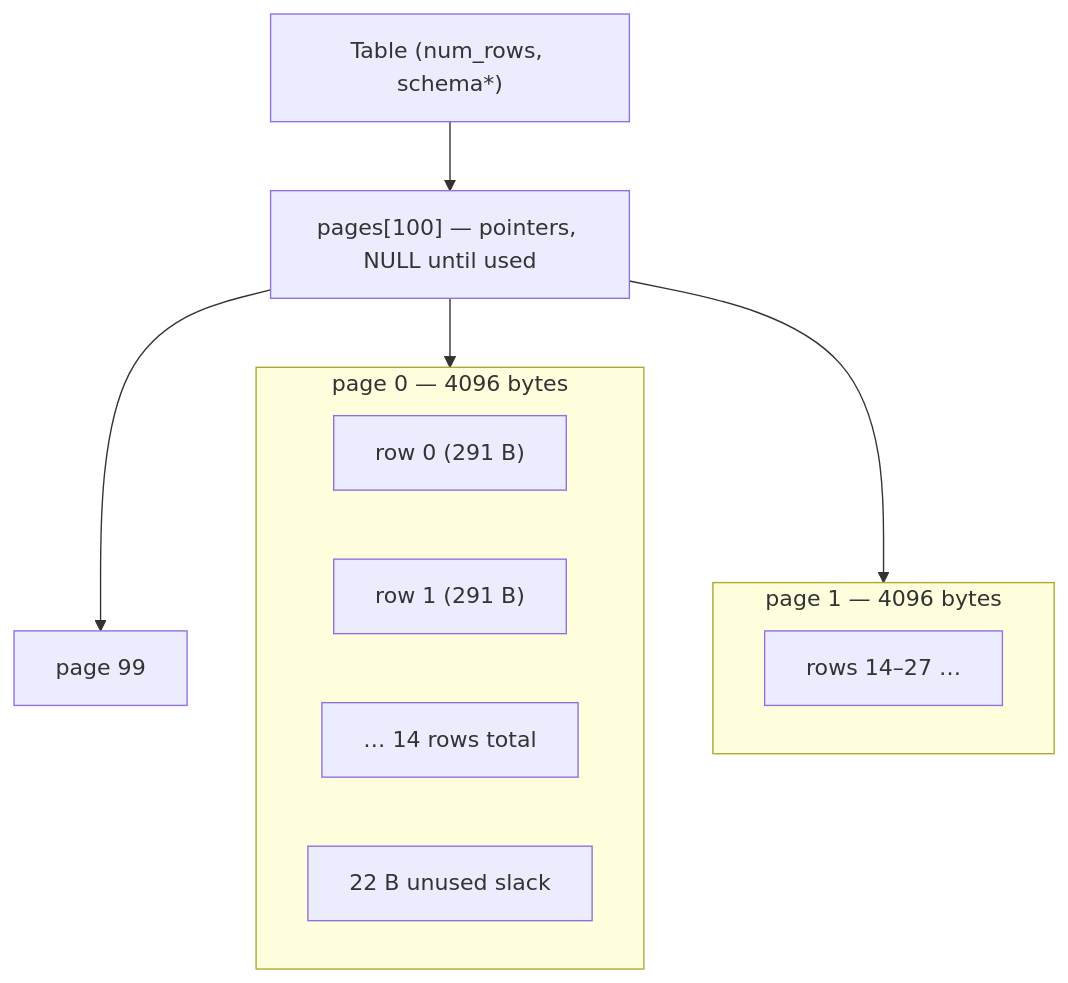
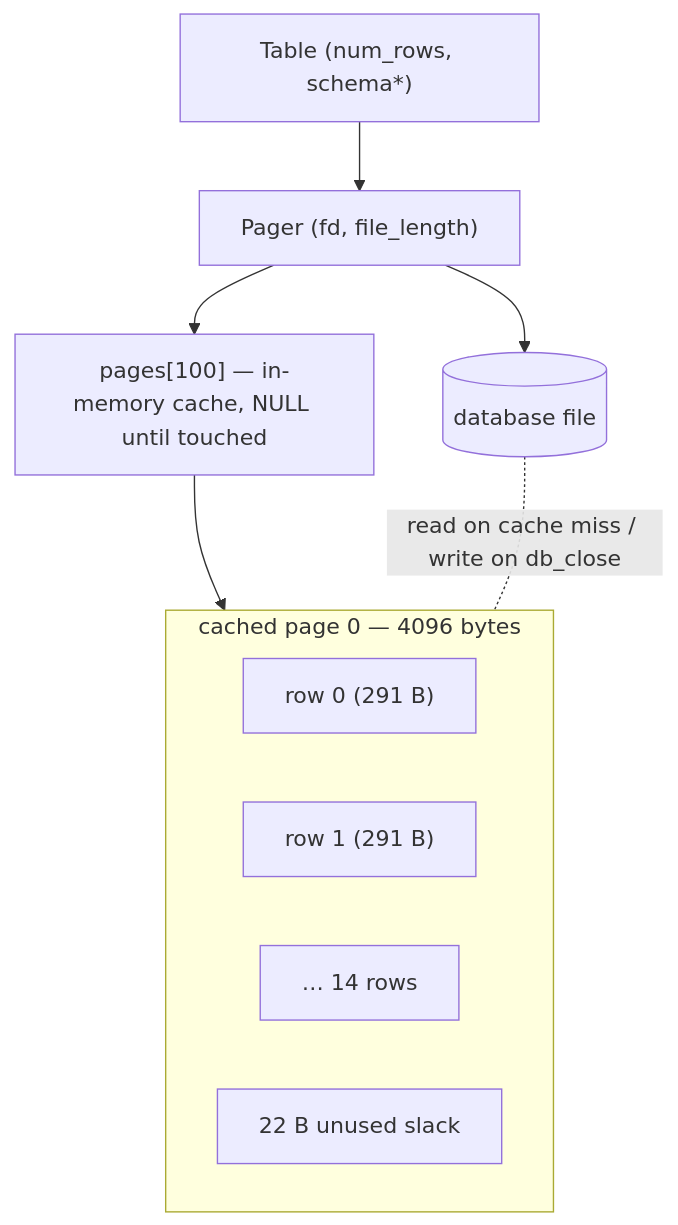
One commit to Rohitangshu2026/mini-sql changed the sixth of 14 diagrams in README.md. Above: the diagram before and after it, drawn with Mermaid. The commit also changed other lines of this file, not shown here.

````diff
--- a/README.md
+++ b/README.md
@@ -305,17 +334,15 @@
 ```mermaid
 flowchart TD
-    T["Table (num_rows, schema*)"] --> PTR["pages[100] — pointers, NULL until used"]
-    PTR --> PG0
-    PTR --> PG1
-    PTR --> PGN["page 99"]
+    T["Table (num_rows, schema*)"] --> PG["Pager (fd, file_length)"]
+    PG --> CACHE["pages[100] — in-memory cache, NULL until touched"]
+    PG --> FILE[("database file")]
 
-    subgraph PG0["page 0 — 4096 bytes"]
+    subgraph CACHE0["cached page 0 — 4096 bytes"]
         r0["row 0 (291 B)"]
         r1["row 1 (291 B)"]
-        rd["… 14 rows total"]
+        rd["… 14 rows"]
         sl["22 B unused slack"]
     end
-    subgraph PG1["page 1 — 4096 bytes"]
-        rr["rows 14–27 …"]
-    end
+    CACHE --> CACHE0
+    FILE -. "read on cache miss / write on db_close" .- CACHE0
 ```
````
